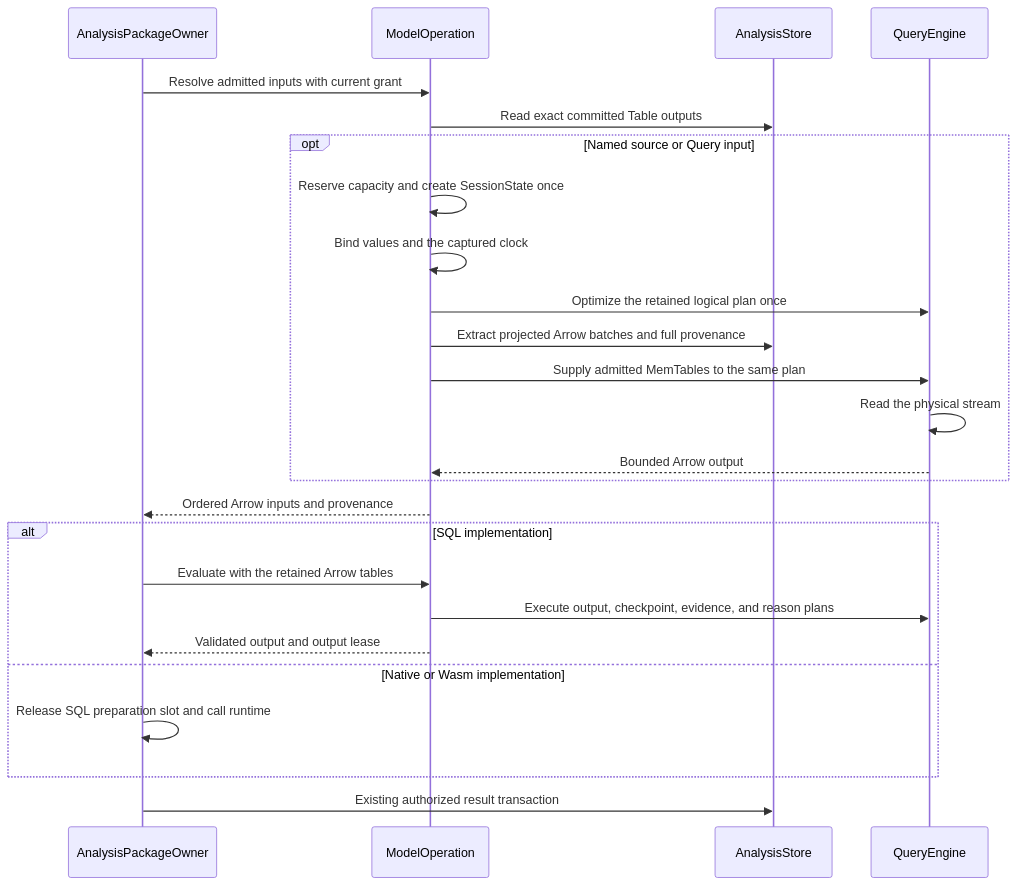
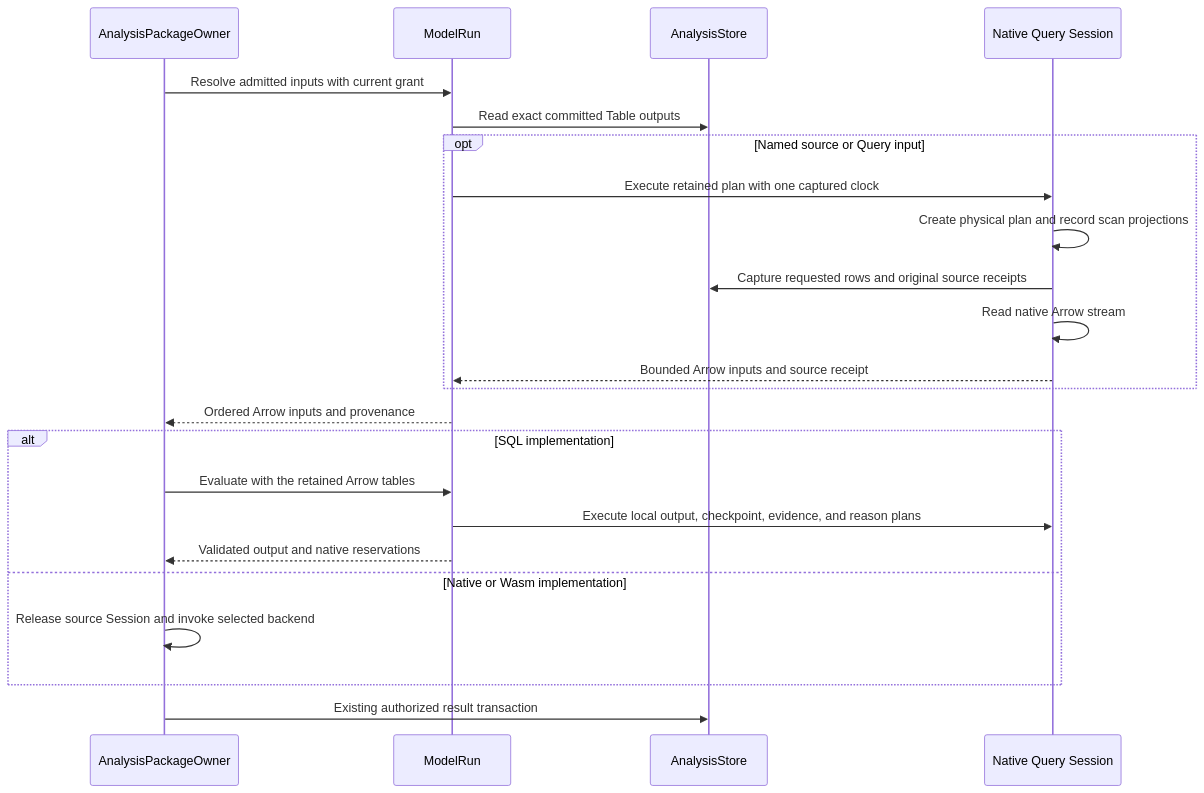
The diagram in docs/guides/araphor-sql-operation-review.md (Ereborlabs/erebor-runtime), drawn with Mermaid before and after one commit. The commit also changed other lines of this file and 558 other files, not shown here.

Commit message:
Rebuild Araphor query around native DataFusion planning

````diff
--- a/docs/guides/araphor-sql-operation-review.md
+++ b/docs/guides/araphor-sql-operation-review.md
@@ -39,27 +51,25 @@
 ```mermaid
 sequenceDiagram
     participant Package as AnalysisPackageOwner
-    participant Input as ModelOperation
+    participant Input as ModelRun
     participant Store as AnalysisStore
-    participant Engine as QueryEngine
+    participant Session as Native Query Session
     Package->>Input: Resolve admitted inputs with current grant
     Input->>Store: Read exact committed Table outputs
     opt Named source or Query input
-        Input->>Input: Reserve capacity and create SessionState once
-        Input->>Input: Bind values and the captured clock
-        Input->>Engine: Optimize the retained logical plan once
-        Input->>Store: Extract projected Arrow batches and full provenance
-        Input->>Engine: Supply admitted MemTables to the same plan
-        Engine->>Engine: Read the physical stream
-        Engine-->>Input: Bounded Arrow output
+        Input->>Session: Execute retained plan with one captured clock
+        Session->>Session: Create physical plan and record scan projections
+        Session->>Store: Capture requested rows and original source receipts
+        Session->>Session: Read native Arrow stream
+        Session-->>Input: Bounded Arrow inputs and source receipt
     end
     Input-->>Package: Ordered Arrow inputs and provenance
     alt SQL implementation
         Package->>Input: Evaluate with the retained Arrow tables
-        Input->>Engine: Execute output, checkpoint, evidence, and reason plans
-        Input-->>Package: Validated output and output lease
+        Input->>Session: Execute local output, checkpoint, evidence, and reason plans
+        Input-->>Package: Validated output and native reservations
     else Native or Wasm implementation
-        Package->>Package: Release SQL preparation slot and call runtime
+        Package->>Package: Release source Session and invoke selected backend
     end
     Package->>Store: Existing authorized result transaction
 ```
````
